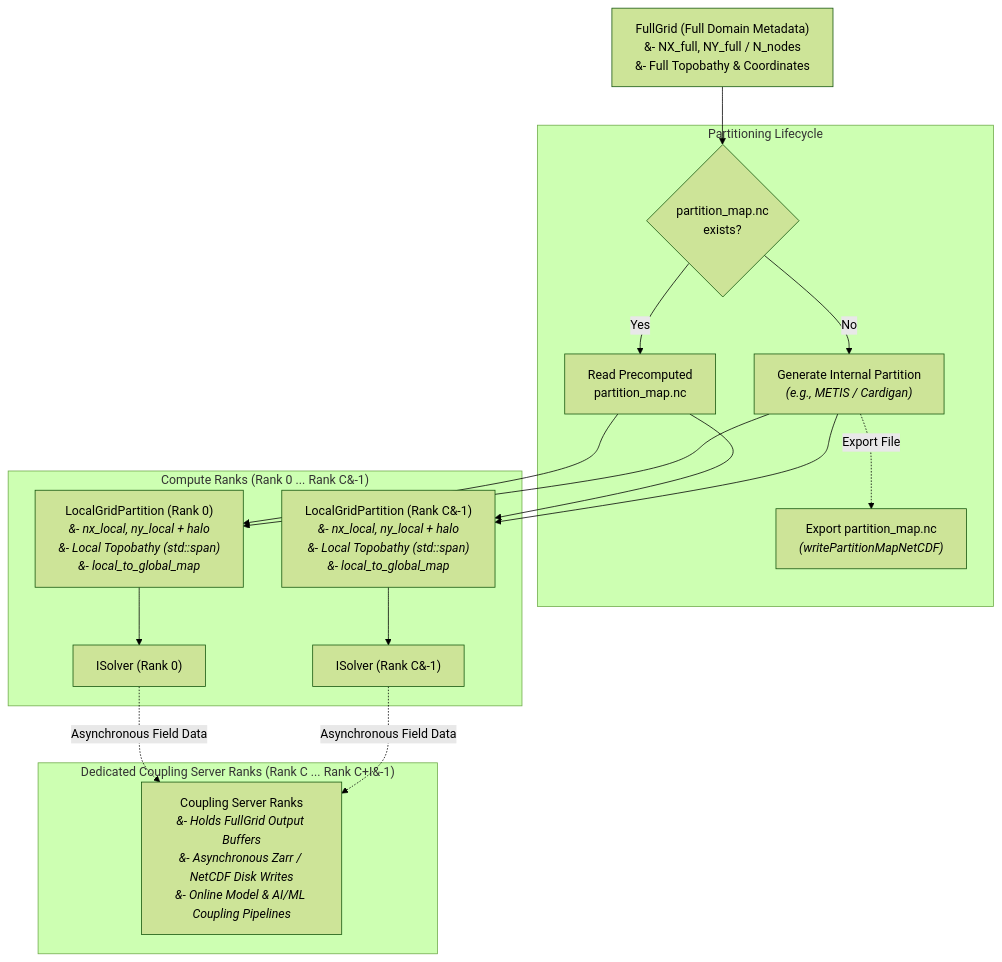
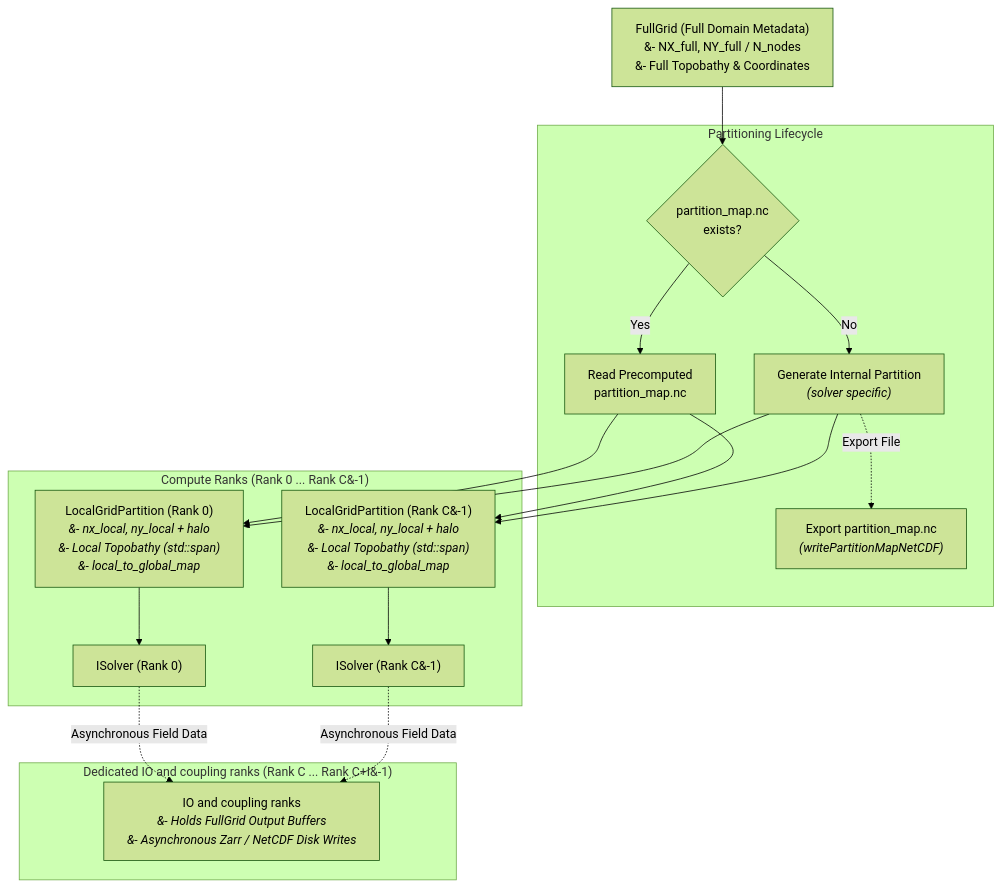
Before and after one commit to HendrikTolman-NOAA/WW4_HLT: the third of 3 diagrams in ASSESSMENT.md, drawn with Mermaid (forest theme).

Commit message:
docs: update Mermaid labels in Section 9.1 of assessment

````diff
--- a/ASSESSMENT.md
+++ b/ASSESSMENT.md
@@ -208,40 +208,40 @@
 ```mermaid
 graph TD
     FG["FullGrid&nbsp;(Full&nbsp;Domain&nbsp;Metadata)<br/>&#8209;&nbsp;NX_full,&nbsp;NY_full&nbsp;/&nbsp;N_nodes<br/>&#8209;&nbsp;Full&nbsp;Topobathy&nbsp;&&nbsp;Coordinates"]
 
     subgraph PartMap ["Partitioning Lifecycle"]
         PM_CHK{"partition_map.nc<br/>exists?"}
         PM_READ["Read&nbsp;Precomputed<br/>partition_map.nc"]
-        PM_GEN["Generate&nbsp;Internal&nbsp;Partition<br/><i>(e.g., METIS / Cardigan)</i>"]
+        PM_GEN["Generate&nbsp;Internal&nbsp;Partition<br/><i>(solver&nbsp;specific)</i>"]
         PM_WRITE["Export partition_map.nc<br/><i>(writePartitionMapNetCDF)</i>"]
 
         PM_CHK -- Yes --> PM_READ
         PM_CHK -- No --> PM_GEN
         PM_GEN -. Export File .-> PM_WRITE
     end
 
     FG --> PM_CHK
 
     subgraph ComputeRanks ["Compute Ranks (Rank 0 ... Rank C&#8209;1)"]
         LP0["LocalGridPartition&nbsp;(Rank&nbsp;0)<br/><i>&#8209;&nbsp;nx_local,&nbsp;ny_local&nbsp;+&nbsp;halo</i><br/><i>&#8209;&nbsp;Local&nbsp;Topobathy&nbsp;(std::span)</i><br/><i>&#8209;&nbsp;local_to_global_map</i>"]
         LPC["LocalGridPartition&nbsp;(Rank&nbsp;C&#8209;1)<br/><i>&#8209;&nbsp;nx_local,&nbsp;ny_local&nbsp;+&nbsp;halo</i><br/><i>&#8209;&nbsp;Local&nbsp;Topobathy&nbsp;(std::span)</i><br/><i>&#8209;&nbsp;local_to_global_map</i>"]
 
         S0["ISolver (Rank 0)"]
-        SC["ISolver (Rank C&#8209;1)"]
+        SC["ISolver&nbsp;(Rank&nbsp;C&#8209;1)"]
 
         LP0 --> S0
         LPC --> SC
     end
 
-    subgraph IORanks ["Dedicated Coupling Server Ranks (Rank C ... Rank C+I&#8209;1)"]
-        IOR["Coupling Server Ranks<br/><i>&#8209;&nbsp;Holds FullGrid Output Buffers</i><br/><i>&#8209;&nbsp;Asynchronous Zarr / NetCDF Disk Writes</i><br/><i>&#8209;&nbsp;Online Model & AI/ML Coupling Pipelines</i>"]
+    subgraph IORanks ["Dedicated IO and coupling ranks (Rank C ... Rank C+I&#8209;1)"]
+        IOR["IO&nbsp;and&nbsp;coupling&nbsp;ranks<br/><i>&#8209;&nbsp;Holds&nbsp;FullGrid&nbsp;Output&nbsp;Buffers</i><br/><i>&#8209;&nbsp;Asynchronous&nbsp;Zarr&nbsp;/&nbsp;NetCDF&nbsp;Disk&nbsp;Writes</i>"]
     end
 
     PM_READ --> LP0
     PM_READ --> LPC
     PM_GEN --> LP0
     PM_GEN --> LPC
 
     S0 -. Asynchronous Field Data .-> IOR
     SC -. Asynchronous Field Data .-> IOR
 ```
````
